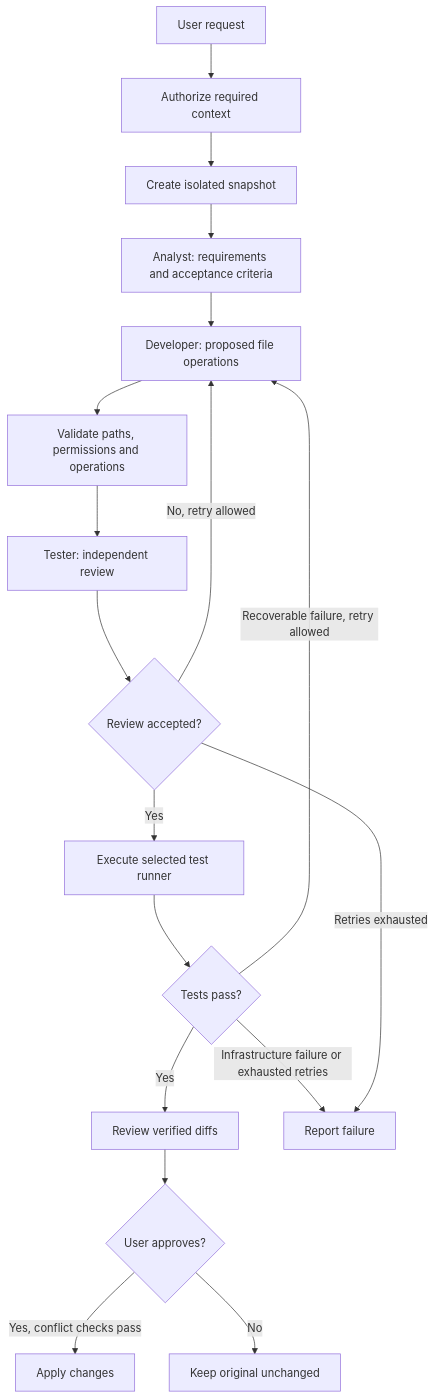
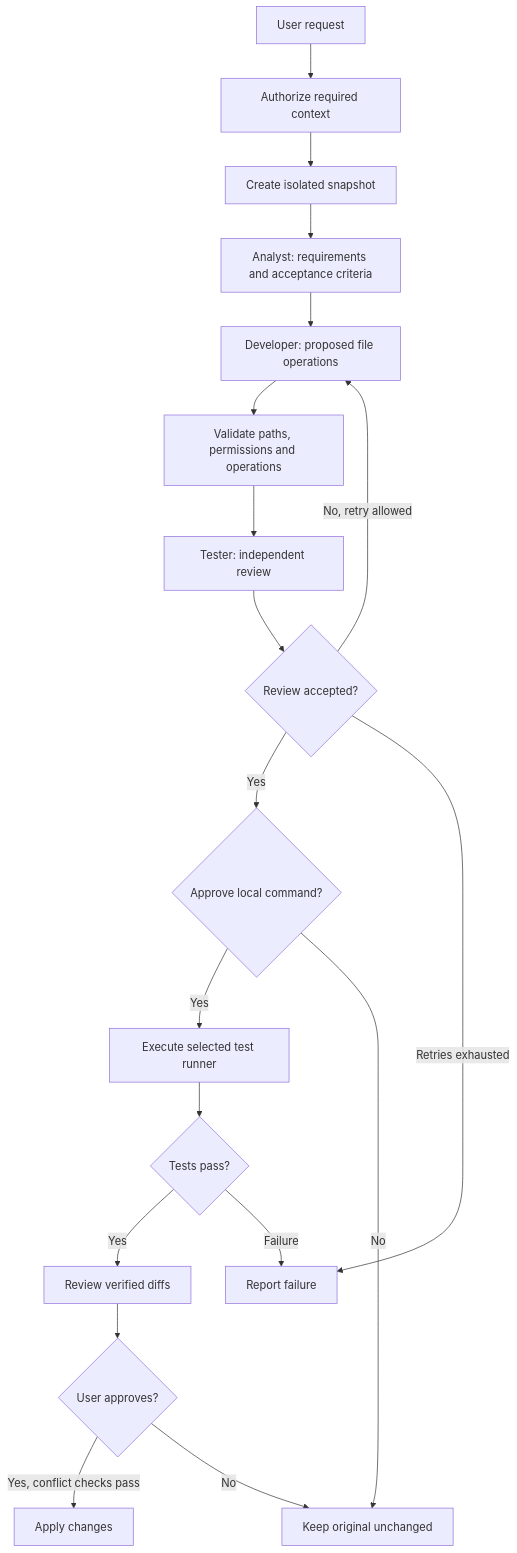
The second of 2 diagrams in README.md (cmartinferrer/cmf-dev-studio), drawn with Mermaid before and after one commit. The commit also changed other lines of this file and 25 other files, not shown here.

````diff
--- a/README.md
+++ b/README.md
@@ -97,20 +97,21 @@
 ```mermaid
 flowchart TD
     Task[User request] --> Context[Authorize required context]
     Context --> Snapshot[Create isolated snapshot]
     Snapshot --> Analyst[Analyst: requirements and acceptance criteria]
     Analyst --> Developer[Developer: proposed file operations]
     Developer --> Validate[Validate paths, permissions and operations]
     Validate --> Tester[Tester: independent review]
     Tester --> Review{Review accepted?}
     Review -->|No, retry allowed| Developer
-    Review -->|Yes| Run[Execute selected test runner]
+    Review -->|Yes| Permission{Approve local command?}
+    Permission -->|Yes| Run[Execute selected test runner]
+    Permission -->|No| Keep
     Run --> Result{Tests pass?}
-    Result -->|Recoverable failure, retry allowed| Developer
     Result -->|Yes| Diff[Review verified diffs]
-    Result -->|Infrastructure failure or exhausted retries| Stop[Report failure]
+    Result -->|Failure| Stop[Report failure]
     Review -->|Retries exhausted| Stop
     Diff --> Approval{User approves?}
     Approval -->|Yes, conflict checks pass| Apply[Apply changes]
     Approval -->|No| Keep[Keep original unchanged]
 ```
````
